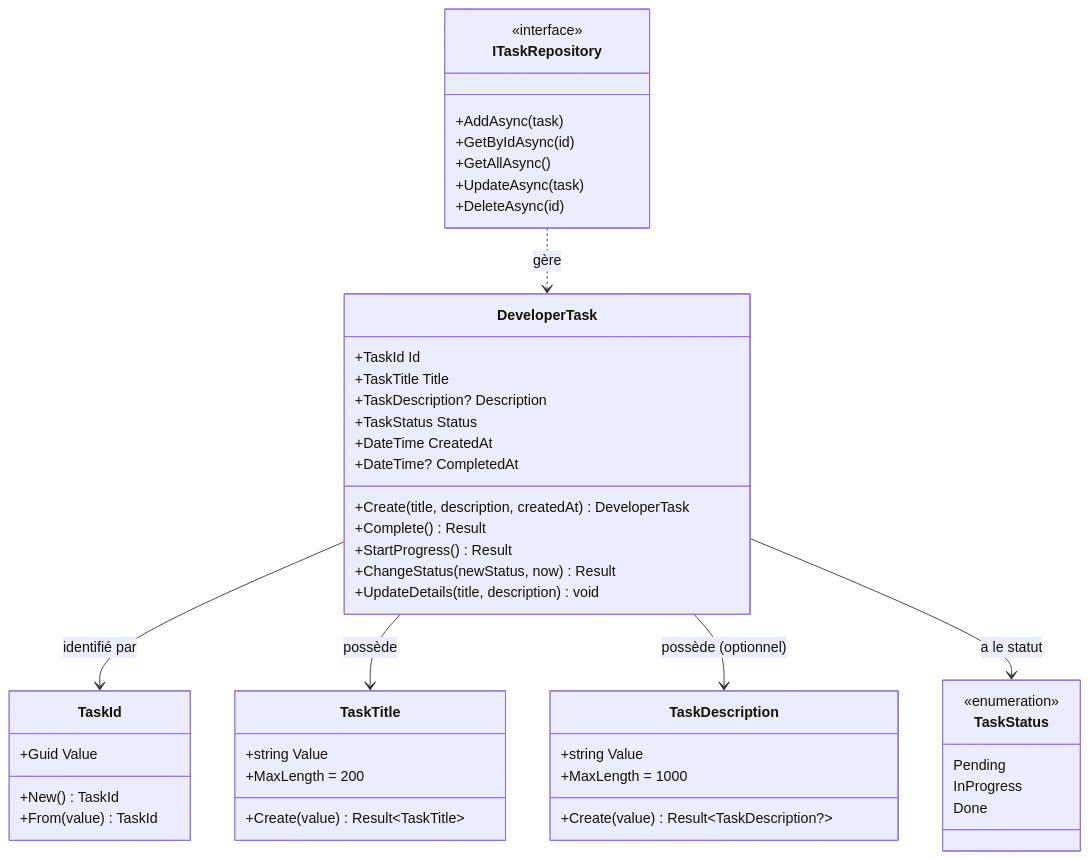
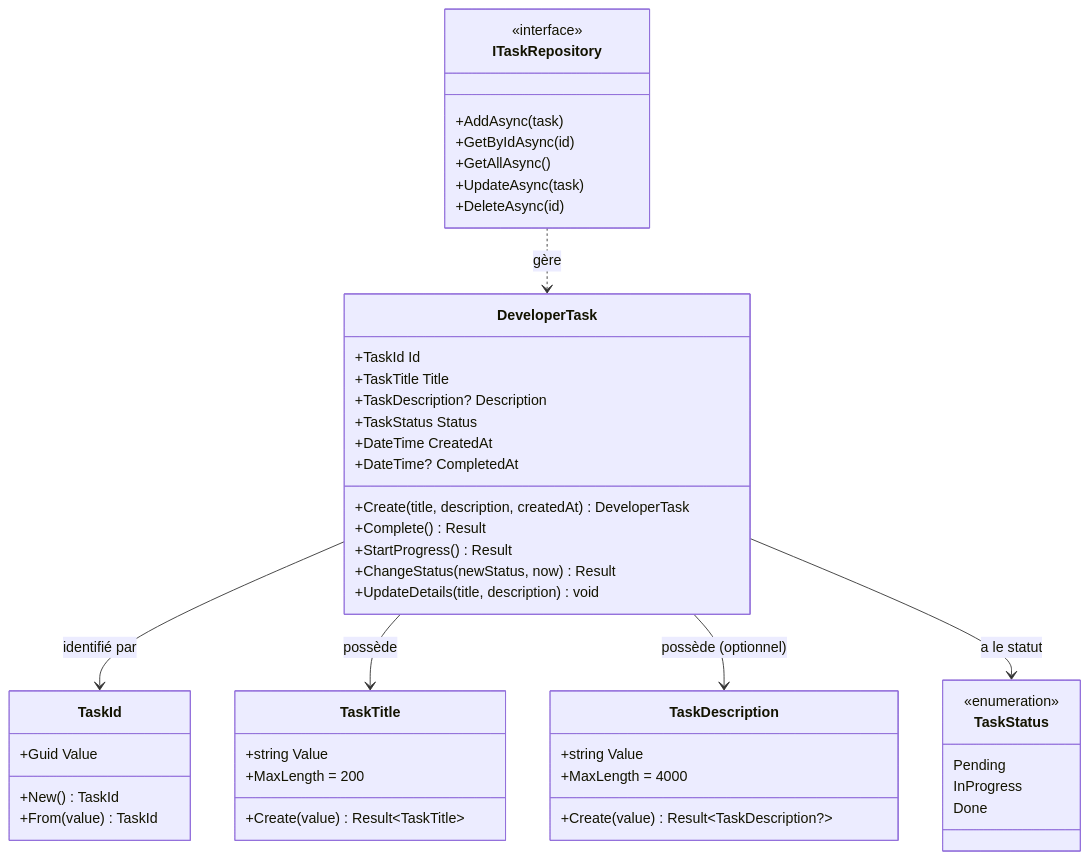
The third of 22 diagrams in docs/spec.md (Monbsoft/Kairudev), drawn with Mermaid before and after one commit. The commit also changed other lines of this file and 121 other files, not shown here.

````diff
--- a/docs/spec.md
+++ b/docs/spec.md
@@ -150,56 +150,56 @@
 ```mermaid
 classDiagram
     class DeveloperTask {
         +TaskId Id
         +TaskTitle Title
         +TaskDescription? Description
         +TaskStatus Status
         +DateTime CreatedAt
         +DateTime? CompletedAt
         +Create(title, description, createdAt) DeveloperTask
         +Complete() Result
         +StartProgress() Result
         +ChangeStatus(newStatus, now) Result
         +UpdateDetails(title, description) void
     }
 
     class TaskId {
         +Guid Value
         +New() TaskId
         +From(value) TaskId
     }
 
     class TaskTitle {
         +string Value
         +MaxLength = 200
         +Create(value) Result~TaskTitle~
     }
 
     class TaskDescription {
         +string Value
-        +MaxLength = 1000
+        +MaxLength = 4000
         +Create(value) Result~TaskDescription?~
     }
 
     class TaskStatus {
         <<enumeration>>
         Pending
         InProgress
         Done
     }
 
     class ITaskRepository {
         <<interface>>
         +AddAsync(task)
         +GetByIdAsync(id)
         +GetAllAsync()
         +UpdateAsync(task)
         +DeleteAsync(id)
     }
 
     DeveloperTask --> TaskId : identifié par
     DeveloperTask --> TaskTitle : possède
     DeveloperTask --> TaskDescription : possède (optionnel)
     DeveloperTask --> TaskStatus : a le statut
     ITaskRepository ..> DeveloperTask : gère
 ```
````
